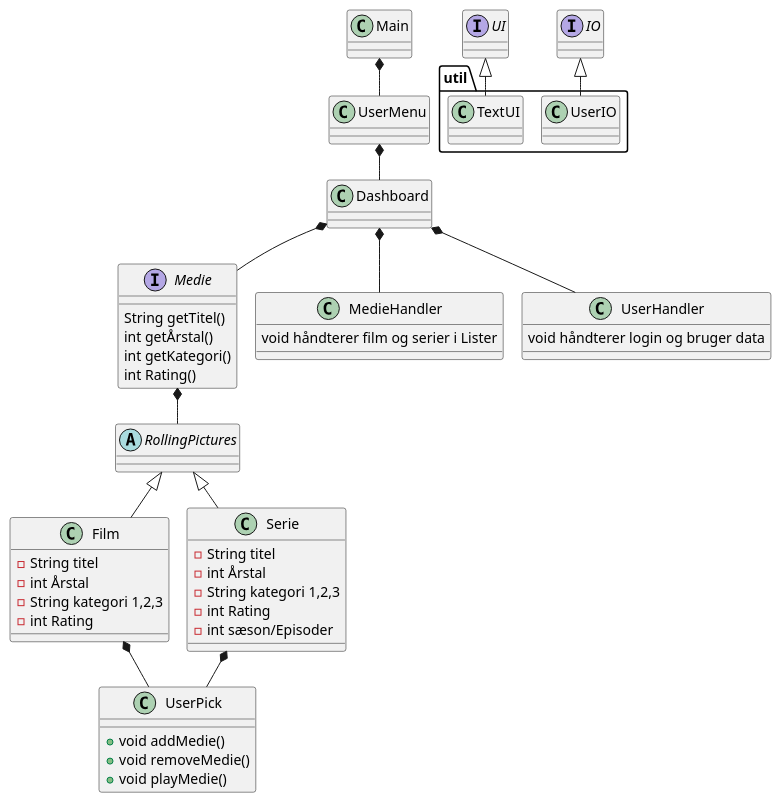
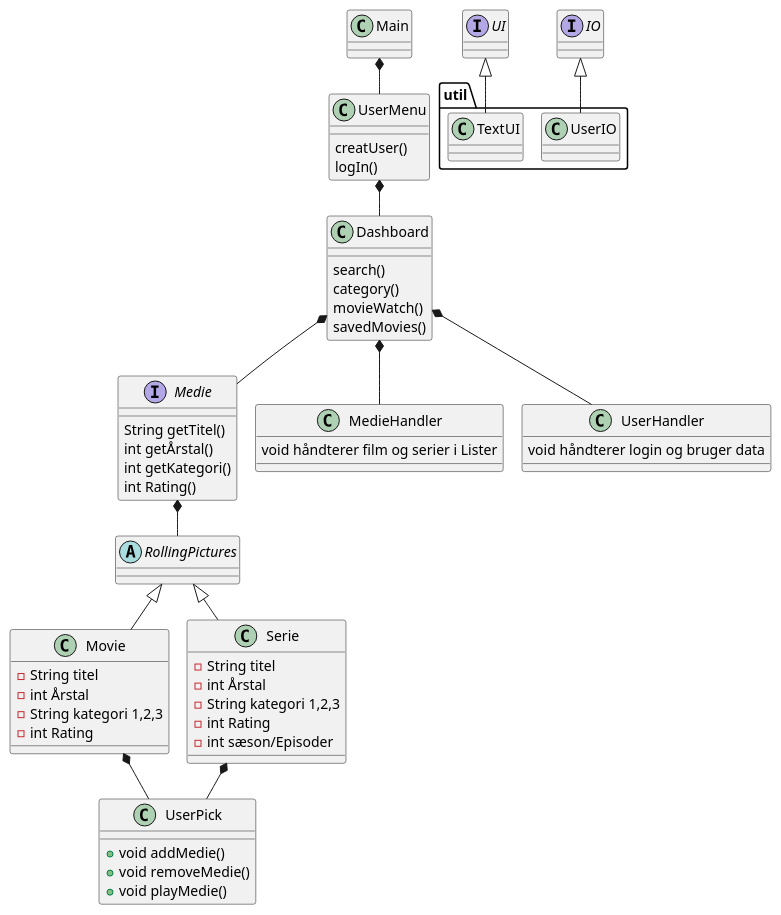
The diagram in doc/Classdiagram.puml (ETHMUNI/SP3-streamingtjeneste), drawn with PlantUML before and after one commit. The commit also changed 21 other files, not shown here.

```diff
--- a/doc/Classdiagram.puml
+++ b/doc/Classdiagram.puml
@@ -1,64 +1,72 @@
 @startuml
 'https://plantuml.com/class-diagram
 !pragma layout smetana
 
 interface Medie
 class Main
-class Film
+class Movie
 class Serie
 class UserMenu
 class Dashboard
 class UserPick
 class MedieHandler
 class UserHandler
 interface UI
 interface IO
 abstract RollingPictures
 
 
 
 package "util"{
 class TextUI
 class UserIO
 }
 
 Medie : String getTitel()
 Medie : int getÅrstal()
 Medie : int getKategori()
 Medie : int Rating()
 
-Film : - String titel
-Film : - int Årstal
-Film : - String kategori 1,2,3
-Film : - int Rating
+Movie : - String titel
+Movie : - int Årstal
+Movie : - String kategori 1,2,3
+Movie : - int Rating
 
 Serie : - String titel
 Serie : - int Årstal
 Serie : - String kategori 1,2,3
 Serie : - int Rating
 Serie : - int sæson/Episoder
+
+UserMenu : creatUser()
+UserMenu : logIn()
+
+Dashboard : search()
+Dashboard : category()
+Dashboard : movieWatch()
+Dashboard : savedMovies()
 
 UserPick : + void addMedie()
 UserPick : + void removeMedie()
 UserPick : + void playMedie()
 UserHandler : void håndterer login og bruger data
 MedieHandler : void håndterer film og serier i Lister
 
 Main *-- UserMenu
 UserMenu *-- Dashboard
 Dashboard *--Medie
 Dashboard *-- UserHandler
 Dashboard *-- MedieHandler
 Medie *-- RollingPictures
 
-RollingPictures <|-- Film
+RollingPictures <|-- Movie
 RollingPictures <|-- Serie
-Film *-- UserPick
+Movie *-- UserPick
 Serie *-- UserPick
 
 UI <|-- TextUI
 IO <|-- UserIO
 
 
 
 @enduml
```
